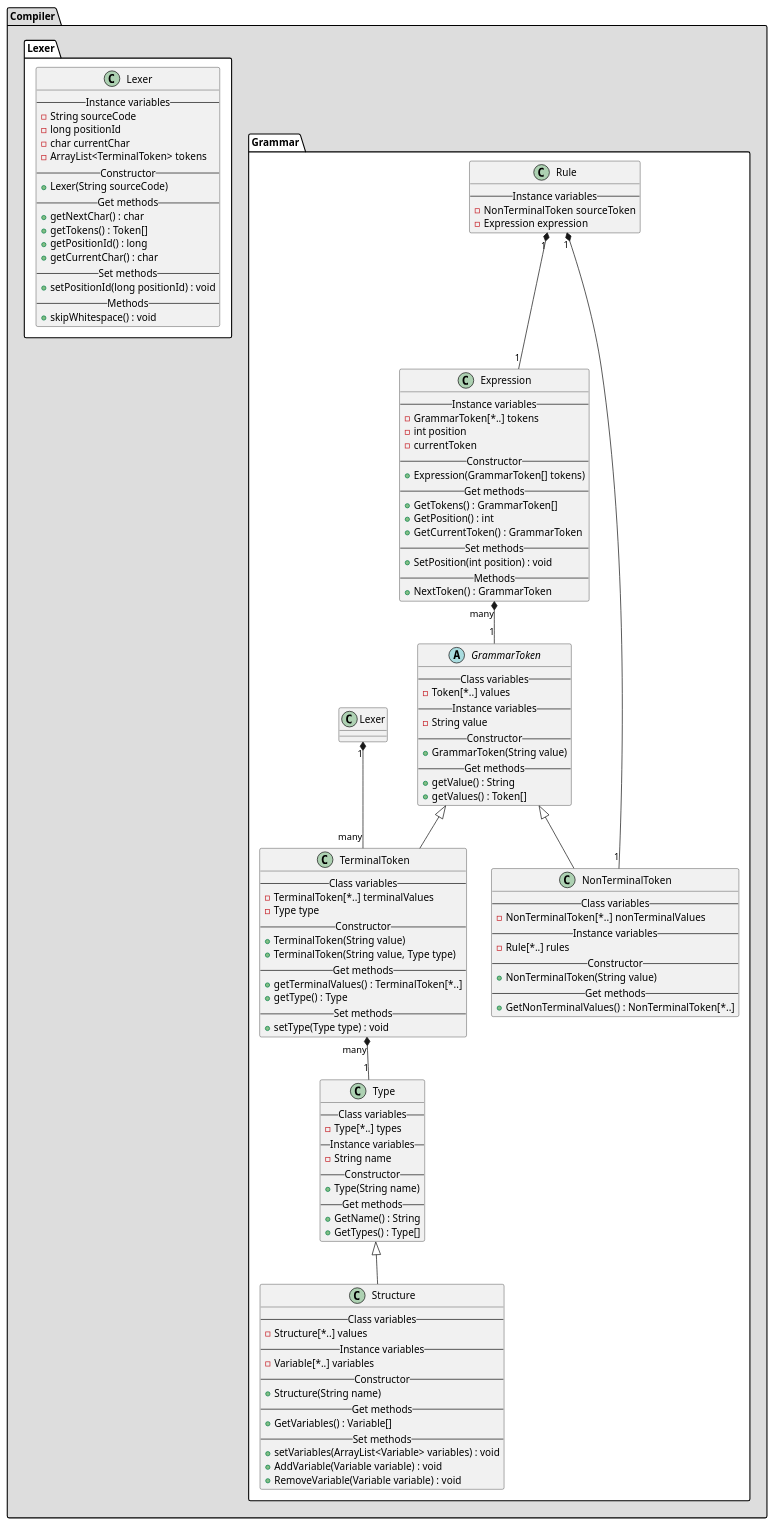
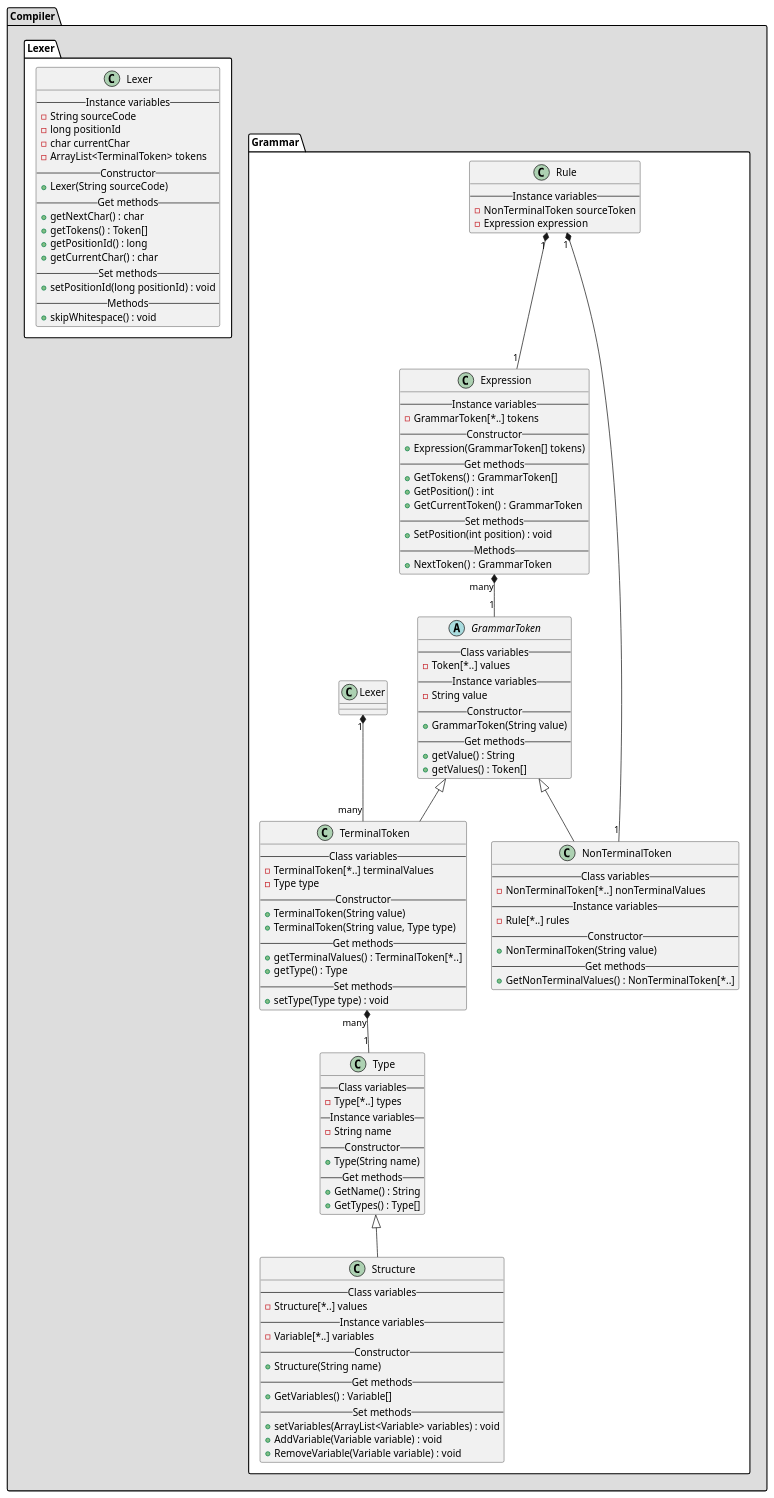
The diagram in GestionDeProjet/Token.puml (IamMoShi/Compilation_Birkel_Fornoff_Germain_Neyens), drawn with PlantUML before and after one commit. The commit also changed 6 other files, not shown here.

```diff
--- a/GestionDeProjet/Token.puml
+++ b/GestionDeProjet/Token.puml
@@ -1,130 +1,128 @@
 @startuml
 
 package Compiler #DDDDDD {}
 
 package Compiler.Grammar #FFFFFF{
 
 abstract class GrammarToken {
     -- Class variables --
     - Token[*..] values
     -- Instance variables --
     - String value
     -- Constructor --
     + GrammarToken(String value)
     -- Get methods --
     + getValue() : String
     + getValues() : Token[]
 }
 
 class TerminalToken extends GrammarToken {
     -- Class variables --
     - TerminalToken[*..] terminalValues
     - Type type
     -- Constructor --
     + TerminalToken(String value)
     + TerminalToken(String value, Type type)
     -- Get methods --
     + getTerminalValues() : TerminalToken[*..]
     + getType() : Type
     -- Set methods --
     + setType(Type type) : void
 }
 
 class NonTerminalToken extends GrammarToken {
     -- Class variables --
     - NonTerminalToken[*..] nonTerminalValues
     -- Instance variables --
     - Rule[*..] rules
     -- Constructor --
     + NonTerminalToken(String value)
     -- Get methods --
     + GetNonTerminalValues() : NonTerminalToken[*..]
 }
 
 class Type {
     -- Class variables --
     - Type[*..] types
     -- Instance variables --
     - String name
     -- Constructor --
     + Type(String name)
     -- Get methods --
     + GetName() : String
     + GetTypes() : Type[]
 }
 
 TerminalToken "many" *-- "1" Type
 
 class Structure extends Type {
     -- Class variables --
     - Structure[*..] values
     -- Instance variables --
     - Variable[*..] variables
     -- Constructor --
     + Structure(String name)
     -- Get methods --
     + GetVariables() : Variable[]
     -- Set methods --
     + setVariables(ArrayList<Variable> variables) : void
     + AddVariable(Variable variable) : void
     + RemoveVariable(Variable variable) : void
 }
 
 Expression "many" *-- "1" GrammarToken
 
 
 class Expression {
     -- Instance variables --
     - GrammarToken[*..] tokens
-    - int position
-    - currentToken
     -- Constructor --
     + Expression(GrammarToken[] tokens)
     -- Get methods --
     + GetTokens() : GrammarToken[]
     + GetPosition() : int
     + GetCurrentToken() : GrammarToken
     -- Set methods --
     + SetPosition(int position) : void
     -- Methods --
     + NextToken() : GrammarToken
 }
 
 Rule "1" *-- "1" Expression
 Rule "1" *-- "1" NonTerminalToken
 
 class Rule {
     -- Instance variables --
     - NonTerminalToken sourceToken
     - Expression expression
 }
 
 Lexer "1" *-- "many" TerminalToken
 
 
 }
 
 package Compiler.Lexer #FFFFFF {
 
 class Lexer {
     -- Instance variables --
     - String sourceCode
     - long positionId
     - char currentChar
     - ArrayList<TerminalToken> tokens
     -- Constructor --
     + Lexer(String sourceCode)
     -- Get methods --
     + getNextChar() : char
     + getTokens() : Token[]
     + getPositionId() : long
     + getCurrentChar() : char
     -- Set methods --
     + setPositionId(long positionId) : void
     -- Methods --
     + skipWhitespace() : void
 }
 
 }
 
 @enduml
```
